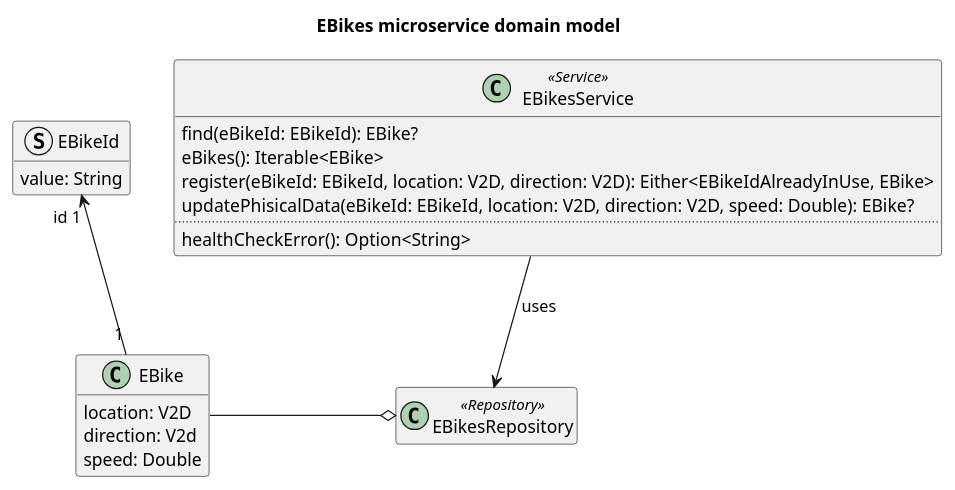
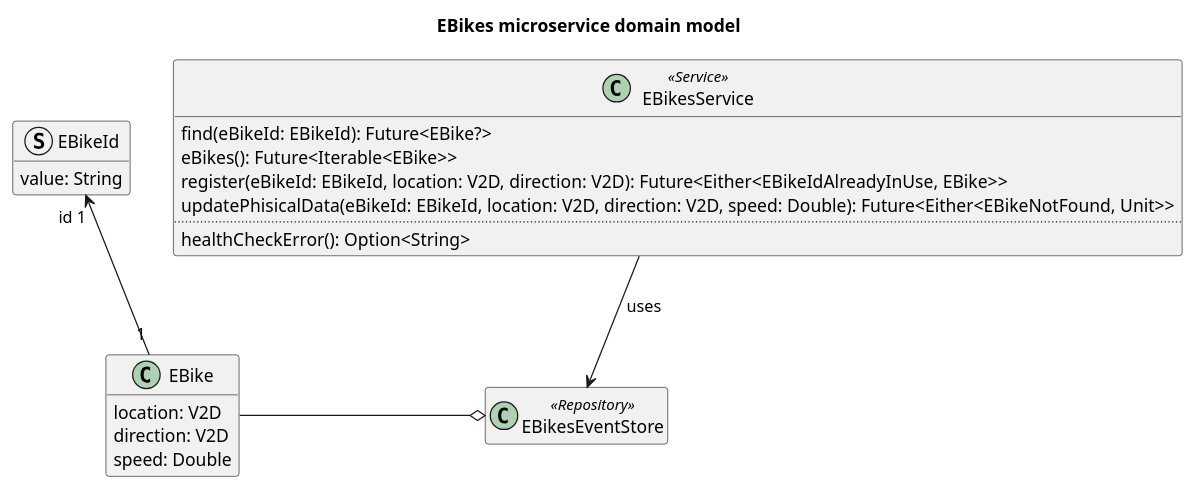
The diagram in doc/diagrams/src/ebikes-microservice-domain-model.puml (Ventus218/SAP-assignment-03), drawn with PlantUML before and after one commit. The commit also changed 7 other files, not shown here.

```diff
--- a/doc/diagrams/src/ebikes-microservice-domain-model.puml
+++ b/doc/diagrams/src/ebikes-microservice-domain-model.puml
@@ -1,31 +1,31 @@
 @startuml ebikes-microservice-domain-model
 
 title EBikes microservice domain model
 
 class EBike {
     location: V2D
-    direction: V2d
+    direction: V2D
     speed: Double
 }
 struct EBikeId {
     value: String
 }
 EBike "1" -u-> "id 1" EBikeId
 
-class EBikesRepository <<Repository>>
-EBikesRepository o-l- EBike
+class EBikesEventStore <<Repository>>
+EBikesEventStore o-l- EBike
 
 class EBikesService <<Service>> {
-    find(eBikeId: EBikeId): EBike?
-    eBikes(): Iterable<EBike>
-    register(eBikeId: EBikeId, location: V2D, direction: V2D): Either<EBikeIdAlreadyInUse, EBike>
-    updatePhisicalData(eBikeId: EBikeId, location: V2D, direction: V2D, speed: Double): EBike?
+    find(eBikeId: EBikeId): Future<EBike?>
+    eBikes(): Future<Iterable<EBike>>
+    register(eBikeId: EBikeId, location: V2D, direction: V2D): Future<Either<EBikeIdAlreadyInUse, EBike>>
+    updatePhisicalData(eBikeId: EBikeId, location: V2D, direction: V2D, speed: Double): Future<Either<EBikeNotFound, Unit>>
     ..
     healthCheckError(): Option<String>
 }
 
-EBikesService --> EBikesRepository : "uses"
+EBikesService --> EBikesEventStore : "uses"
 
 hide empty members
 
 @enduml
```
